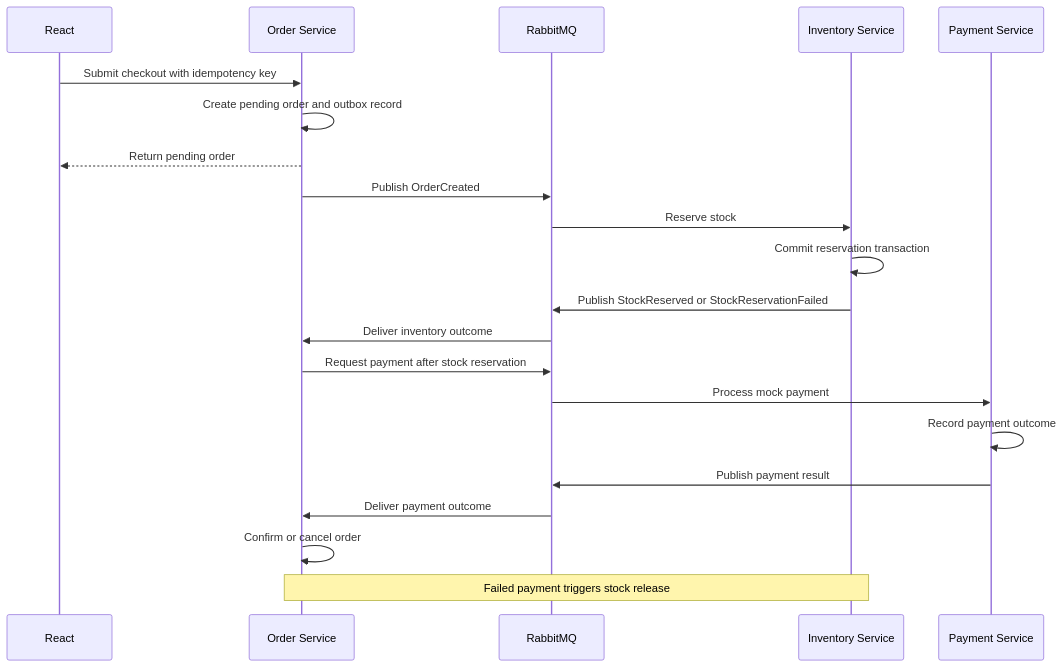
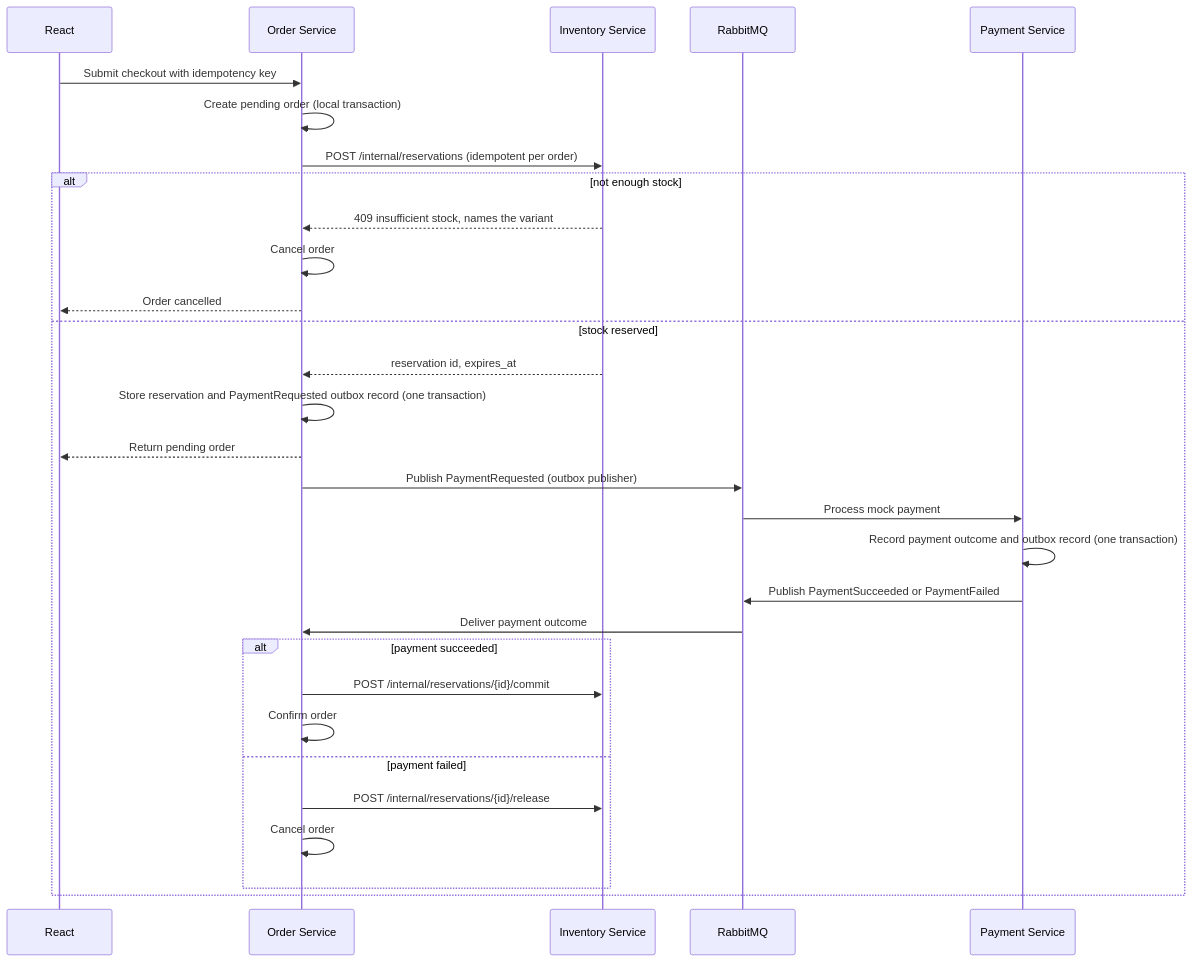
One commit to Furkanturan8/rovena changed the second of 2 diagrams in docs/architecture.md. Above: the diagram before and after it, drawn with Mermaid. The commit also changed other lines of this file and 12 other files, not shown here.

````diff
--- a/docs/architecture.md
+++ b/docs/architecture.md
@@ -269,29 +272,33 @@
 ```mermaid
 sequenceDiagram
     participant UI as React
     participant O as Order Service
+    participant I as Inventory Service
     participant Q as RabbitMQ
-    participant I as Inventory Service
     participant P as Payment Service
 
     UI->>O: Submit checkout with idempotency key
-    O->>O: Create pending order and outbox record
-    O-->>UI: Return pending order
-    O->>Q: Publish OrderCreated
-
-    Q->>I: Reserve stock
-    I->>I: Commit reservation transaction
-    I->>Q: Publish StockReserved or StockReservationFailed
-
-    Q->>O: Deliver inventory outcome
-    O->>Q: Request payment after stock reservation
-
-    Q->>P: Process mock payment
-    P->>P: Record payment outcome
-    P->>Q: Publish payment result
-
-    Q->>O: Deliver payment outcome
-    O->>O: Confirm or cancel order
-
-    Note over O,I: Failed payment triggers stock release
+    O->>O: Create pending order (local transaction)
+    O->>I: POST /internal/reservations (idempotent per order)
+    alt not enough stock
+        I-->>O: 409 insufficient stock, names the variant
+        O->>O: Cancel order
+        O-->>UI: Order cancelled
+    else stock reserved
+        I-->>O: reservation id, expires_at
+        O->>O: Store reservation and PaymentRequested outbox record (one transaction)
+        O-->>UI: Return pending order
+        O->>Q: Publish PaymentRequested (outbox publisher)
+        Q->>P: Process mock payment
+        P->>P: Record payment outcome and outbox record (one transaction)
+        P->>Q: Publish PaymentSucceeded or PaymentFailed
+        Q->>O: Deliver payment outcome
+        alt payment succeeded
+            O->>I: POST /internal/reservations/{id}/commit
+            O->>O: Confirm order
+        else payment failed
+            O->>I: POST /internal/reservations/{id}/release
+            O->>O: Cancel order
+        end
+    end
 ```
````
